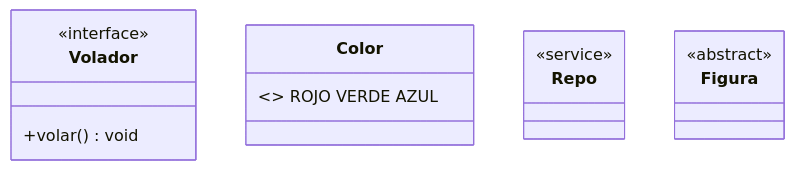
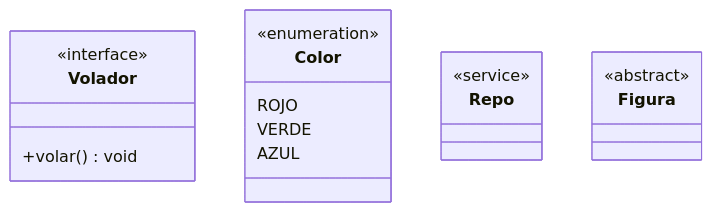
The second of 32 diagrams in _Obs-DAM/Diagramas Mermaid.md (alexddios/DAM), drawn with Mermaid before and after one commit. The commit also changed 14 other files, not shown here.

````diff
--- a/_Obs-DAM/Diagramas Mermaid.md
+++ b/_Obs-DAM/Diagramas Mermaid.md
@@ -30,11 +30,15 @@
 ```mermaid
 classDiagram
 class Volador { 
 <<interface>> 
 +volar() void 
 }
 class Color { 
-<<enumeration>> ROJO VERDE AZUL }
+<<enumeration>> 
+ROJO 
+VERDE 
+AZUL 
+}
 class Repo { <<service>> }
 class Figura { <<abstract>> }
 ```
````
